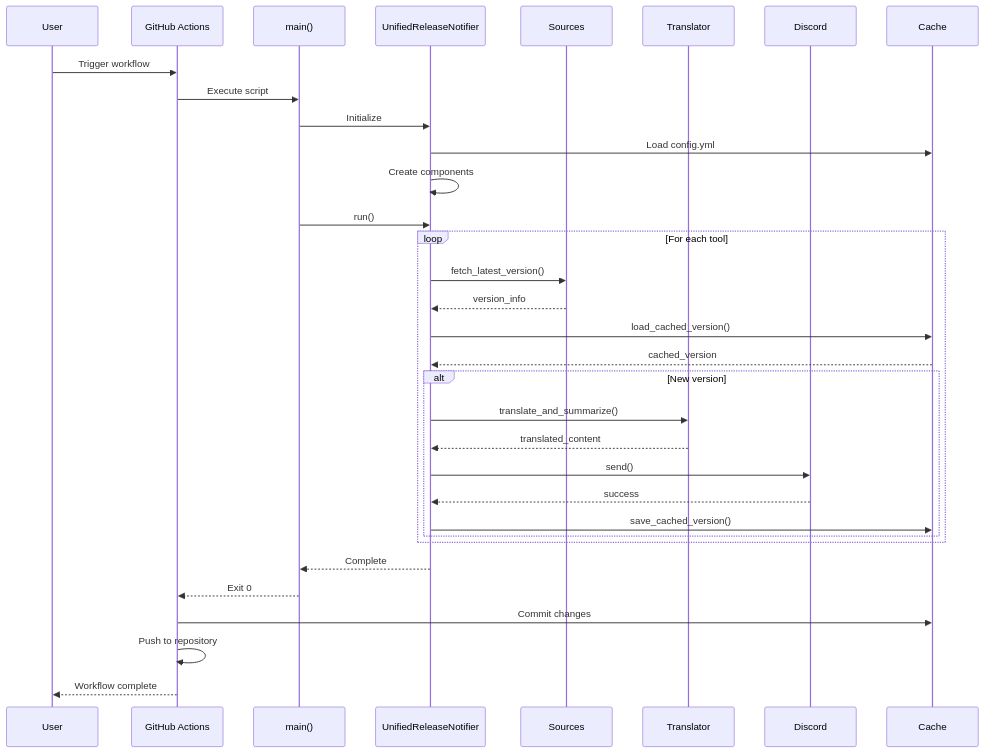
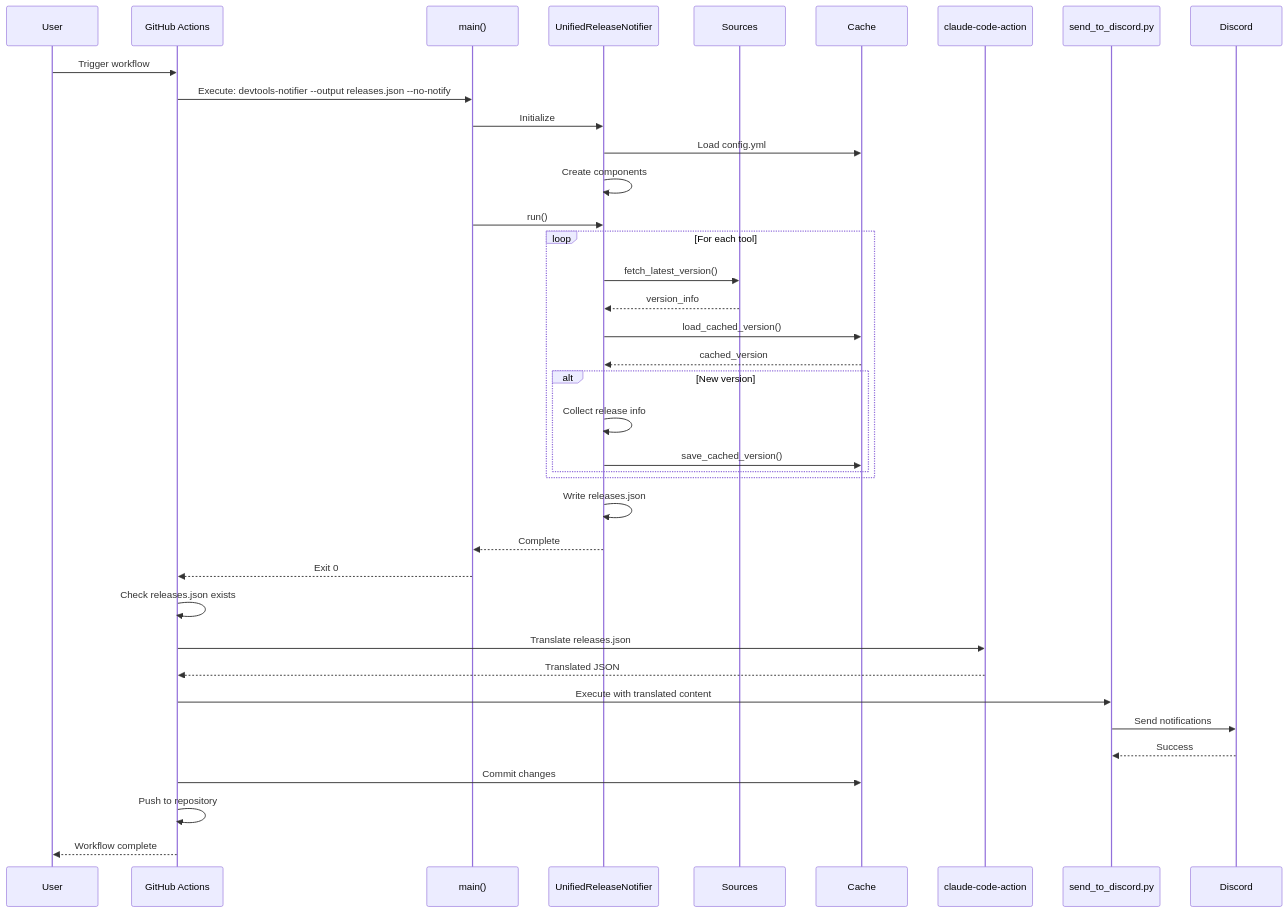
Diagram 12 of 12 in docs/sequence-diagram.md (rysk-tanaka/devtools-release-notifier), drawn with Mermaid before and after one commit. The commit also changed other lines of this file and 4 other files, not shown here.

First line of the commit message:
docs: update all documentation to reflect GitHub Actions architecture

````diff
--- a/docs/sequence-diagram.md
+++ b/docs/sequence-diagram.md
@@ -507,46 +465,51 @@
 ```mermaid
 sequenceDiagram
     participant User
     participant GHA as GitHub Actions
     participant Main as main()
     participant URN as UnifiedReleaseNotifier
     participant Sources
-    participant Translator
+    participant Cache
+    participant Claude as claude-code-action
+    participant Script as send_to_discord.py
     participant Discord
-    participant Cache
 
     User->>GHA: Trigger workflow
 
-    GHA->>Main: Execute script
+    GHA->>Main: Execute: devtools-notifier --output releases.json --no-notify
     Main->>URN: Initialize
 
     URN->>Cache: Load config.yml
     URN->>URN: Create components
 
     Main->>URN: run()
 
     loop For each tool
         URN->>Sources: fetch_latest_version()
         Sources-->>URN: version_info
 
         URN->>Cache: load_cached_version()
         Cache-->>URN: cached_version
 
         alt New version
-            URN->>Translator: translate_and_summarize()
-            Translator-->>URN: translated_content
-
-            URN->>Discord: send()
-            Discord-->>URN: success
-
+            URN->>URN: Collect release info
             URN->>Cache: save_cached_version()
         end
     end
 
+    URN->>URN: Write releases.json
     URN-->>Main: Complete
     Main-->>GHA: Exit 0
+
+    GHA->>GHA: Check releases.json exists
+    GHA->>Claude: Translate releases.json
+    Claude-->>GHA: Translated JSON
+
+    GHA->>Script: Execute with translated content
+    Script->>Discord: Send notifications
+    Discord-->>Script: Success
 
     GHA->>Cache: Commit changes
     GHA->>GHA: Push to repository
     GHA-->>User: Workflow complete
 ```
````
